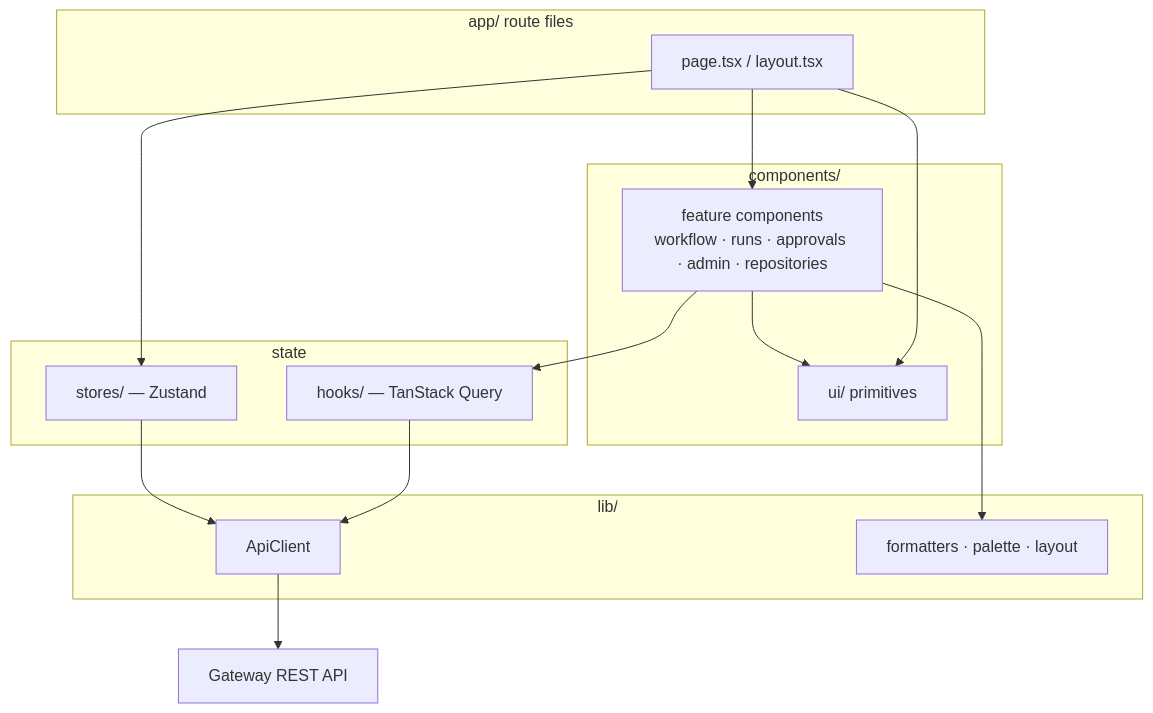
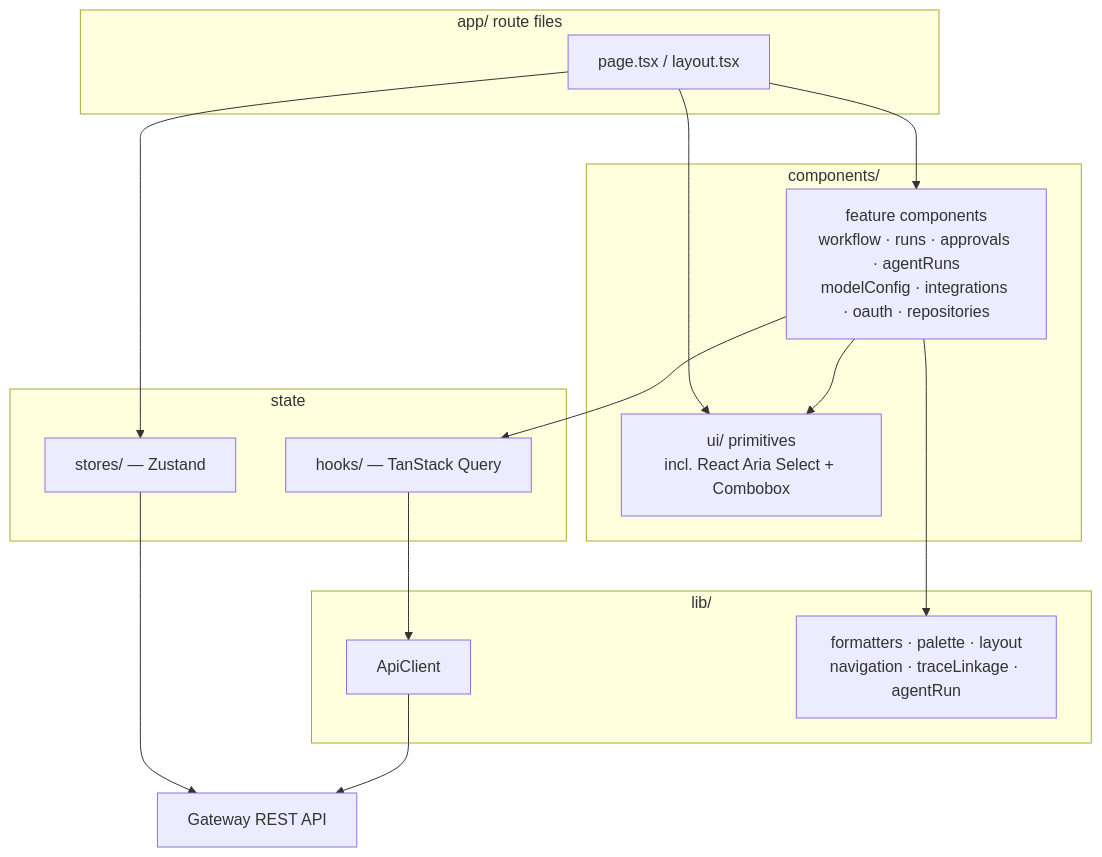
The diagram in wiki/5.2-components-and-state.md (yorch/auto-swe), drawn with Mermaid before and after one commit. The commit also changed other lines of this file and 28 other files, not shown here.

First line of the commit message:
docs: regenerate the wiki at ae416937 and cover the MCP server, agent runs, and model catalog

````diff
--- a/wiki/5.2-components-and-state.md
+++ b/wiki/5.2-components-and-state.md
@@ -61,29 +86,29 @@
 ```mermaid
 flowchart TB
   subgraph rt["app/ route files"]
     page["page.tsx / layout.tsx"]
   end
   subgraph comp["components/"]
-    ui["ui/ primitives"]
-    feat["feature components<br/>workflow · runs · approvals · admin · repositories"]
+    ui["ui/ primitives<br/>incl. React Aria Select + Combobox"]
+    feat["feature components<br/>workflow · runs · approvals · agentRuns<br/>modelConfig · integrations · oauth · repositories"]
   end
   subgraph st["state"]
     hooks["hooks/ — TanStack Query"]
     stores["stores/ — Zustand"]
   end
   subgraph libs["lib/"]
     apic["ApiClient"]
-    fmt["formatters · palette · layout"]
+    fmt["formatters · palette · layout<br/>navigation · traceLinkage · agentRun"]
   end
   gw["Gateway REST API"]
 
   page --> feat
   page --> ui
   feat --> ui
   feat --> hooks
   feat --> fmt
   page --> stores
   hooks --> apic
-  stores --> apic
+  stores --> gw
   apic --> gw
 ```
````
